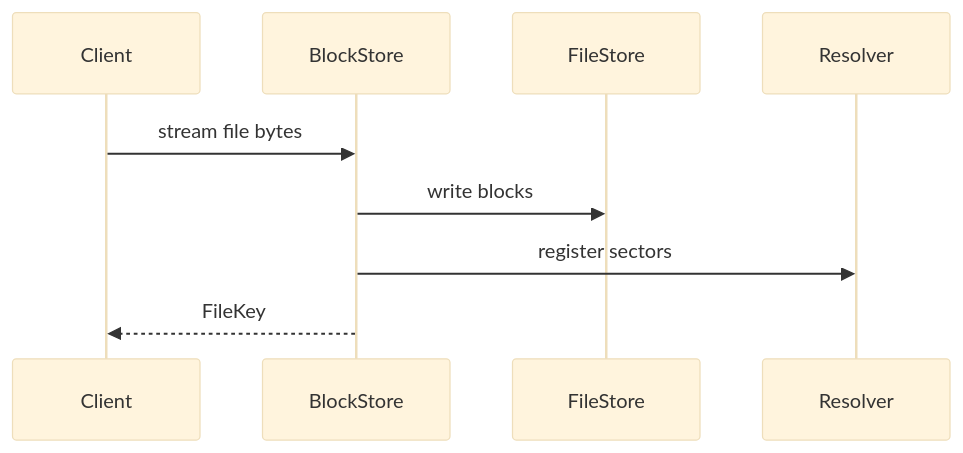
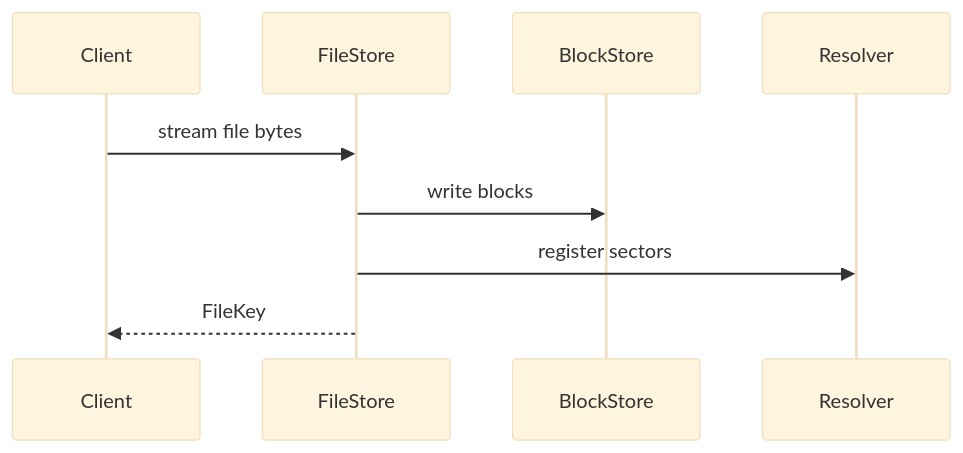
The second of 2 diagrams in README.md (AdrielC/graviton), drawn with Mermaid (base theme) before and after one commit.

````diff
--- a/README.md
+++ b/README.md
@@ -25,12 +25,12 @@
 ```mermaid
 sequenceDiagram
     participant C as Client
-    participant BS as BlockStore
-    participant BL as FileStore
+    participant BS as FileStore
+    participant BL as BlockStore
     participant RS as Resolver
 
     C->>BS: stream file bytes
     BS->>BL: write blocks
     BS->>RS: register sectors
     BS-->>C: FileKey
 ```
````
